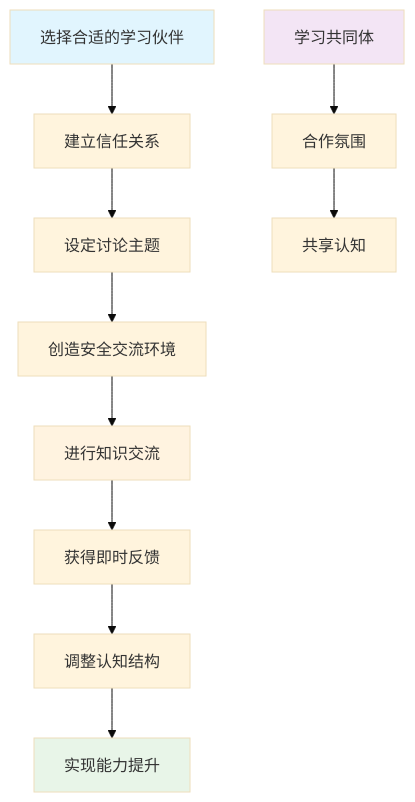
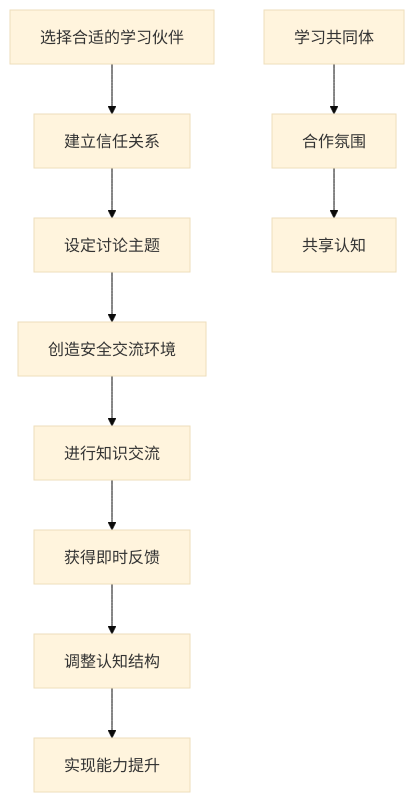
Diagram 11 of 52 in _posts/2025-11-08-book-01-feynman-approach.md (fangkun119/tech-page), drawn with Mermaid (base theme) before and after one commit. The commit also changed other lines of this file and 1 other file, not shown here.

Commit message:
feat: adjust diagram color

````diff
--- a/_posts/2025-11-08-book-01-feynman-approach.md
+++ b/_posts/2025-11-08-book-01-feynman-approach.md
@@ -1262,18 +1216,13 @@
 ```mermaid
 graph TD
     A[选择合适的学习伙伴] --> B[建立信任关系]
     B --> C[设定讨论主题]
     C --> D[创造安全交流环境]
     D --> E[进行知识交流]
     E --> F[获得即时反馈]
     F --> G[调整认知结构]
     G --> H[实现能力提升]
 
     I[学习共同体] --> J[合作氛围]
     J --> K[共享认知]
-
-    style A fill:#e1f5fe
-    style E fill:#fff3e0
-    style H fill:#e8f5e8
-    style I fill:#f3e5f5
 ```
````
